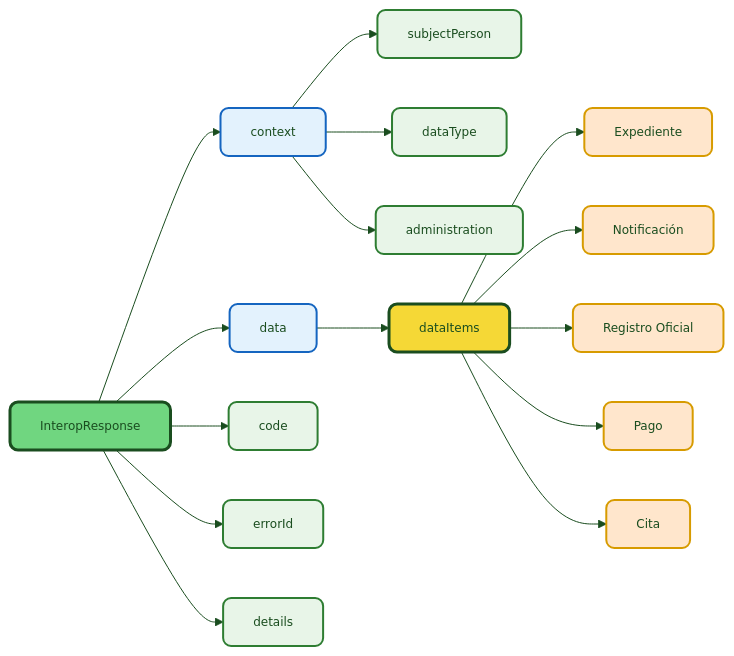
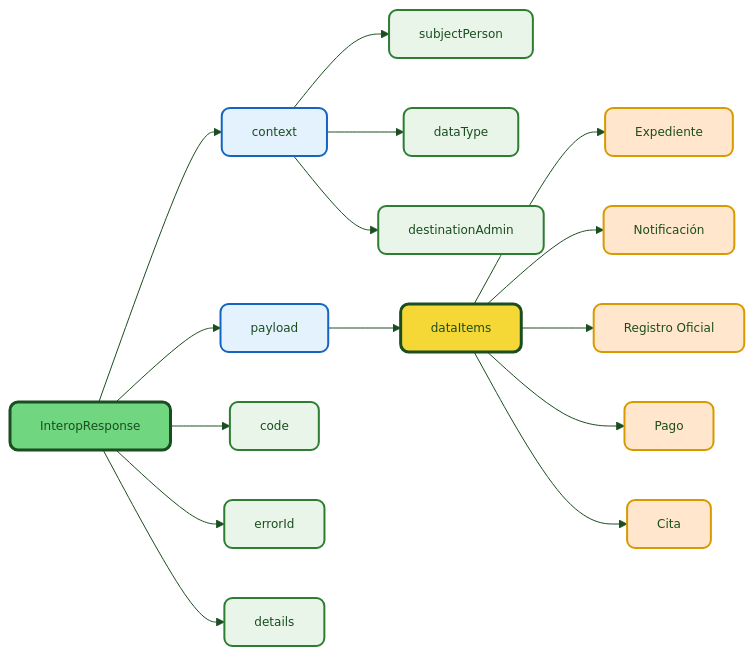
Before and after one commit to DENA-Euskadi/dena-euskadi.github.io: the third of 3 diagrams in docs/semantica/data-retrieve/index.md, drawn with Mermaid. The commit also changed other lines of this file and 117 other files, not shown here.

````diff
--- a/docs/semantica/data-retrieve/index.md
+++ b/docs/semantica/data-retrieve/index.md
@@ -309,52 +305,52 @@
 ```mermaid
 ---
 config:
   theme: base
   themeVariables:
     primaryColor: "#FFFFFF"
     primaryTextColor: "#1a4d1f"
     primaryBorderColor: "#70d680"
     lineColor: "#1a4d1f"
     fontSize: "12px"
     fontFamily: "Manrope, sans-serif"
 ---
 flowchart LR
     ROOT["InteropResponse"] --> CTX["context"]
-    ROOT --> DATA["data"]
+    ROOT --> PAYLOAD["payload"]
     ROOT --> CODE["code"]
     ROOT --> ERRID["errorId"]
     ROOT --> DETAILS["details"]
 
     CTX --> PERSON["subjectPerson"]
     CTX --> DTYPE["dataType"]
-    CTX --> ADMIN["administration"]
+    CTX --> DEST["destinationAdmin"]
 
-    DATA --> ITEMS["dataItems"]
+    PAYLOAD --> ITEMS["dataItems"]
     ITEMS --> RECORD["Expediente"]
     ITEMS --> NOTICE["Notificación"]
     ITEMS --> REGISTRY["Registro Oficial"]
     ITEMS --> PAYMENT["Pago"]
     ITEMS --> SCHEDULE["Cita"]
 
     click RECORD "./data/expediente/" "Ver documentación de Expediente"
     click NOTICE "./data/notificacion/" "Ver documentación de Notificación"
     click REGISTRY "./data/registro-oficial/" "Ver documentación de Registro Oficial"
     click PAYMENT "./data/pago/" "Ver documentación de Pagos"
     click SCHEDULE "./data/cita/" "Ver documentación de Cita"
 
     style ROOT fill:#70d680,stroke:#1a4d1f,color:#1a4d1f,stroke-width:3px,rx:8,ry:8
     style CTX fill:#e3f2fd,stroke:#1565c0,color:#1a4d1f,stroke-width:2px,rx:8,ry:8
-    style DATA fill:#e3f2fd,stroke:#1565c0,color:#1a4d1f,stroke-width:2px,rx:8,ry:8
+    style PAYLOAD fill:#e3f2fd,stroke:#1565c0,color:#1a4d1f,stroke-width:2px,rx:8,ry:8
     style CODE fill:#e8f5e8,stroke:#2e7d32,color:#1a4d1f,stroke-width:2px,rx:8,ry:8
     style ERRID fill:#e8f5e8,stroke:#2e7d32,color:#1a4d1f,stroke-width:2px,rx:8,ry:8
     style DETAILS fill:#e8f5e8,stroke:#2e7d32,color:#1a4d1f,stroke-width:2px,rx:8,ry:8
     style PERSON fill:#e8f5e8,stroke:#2e7d32,color:#1a4d1f,stroke-width:2px,rx:8,ry:8
     style DTYPE fill:#e8f5e8,stroke:#2e7d32,color:#1a4d1f,stroke-width:2px,rx:8,ry:8
-    style ADMIN fill:#e8f5e8,stroke:#2e7d32,color:#1a4d1f,stroke-width:2px,rx:8,ry:8
+    style DEST fill:#e8f5e8,stroke:#2e7d32,color:#1a4d1f,stroke-width:2px,rx:8,ry:8
     style ITEMS fill:#f5d836,stroke:#1a4d1f,color:#1a4d1f,stroke-width:3px,rx:8,ry:8
     style RECORD fill:#ffe6cc,stroke:#d79b00,color:#1a4d1f,stroke-width:2px,rx:8,ry:8
     style NOTICE fill:#ffe6cc,stroke:#d79b00,color:#1a4d1f,stroke-width:2px,rx:8,ry:8
     style REGISTRY fill:#ffe6cc,stroke:#d79b00,color:#1a4d1f,stroke-width:2px,rx:8,ry:8
     style PAYMENT fill:#ffe6cc,stroke:#d79b00,color:#1a4d1f,stroke-width:2px,rx:8,ry:8
     style SCHEDULE fill:#ffe6cc,stroke:#d79b00,color:#1a4d1f,stroke-width:2px,rx:8,ry:8
 ```
````
